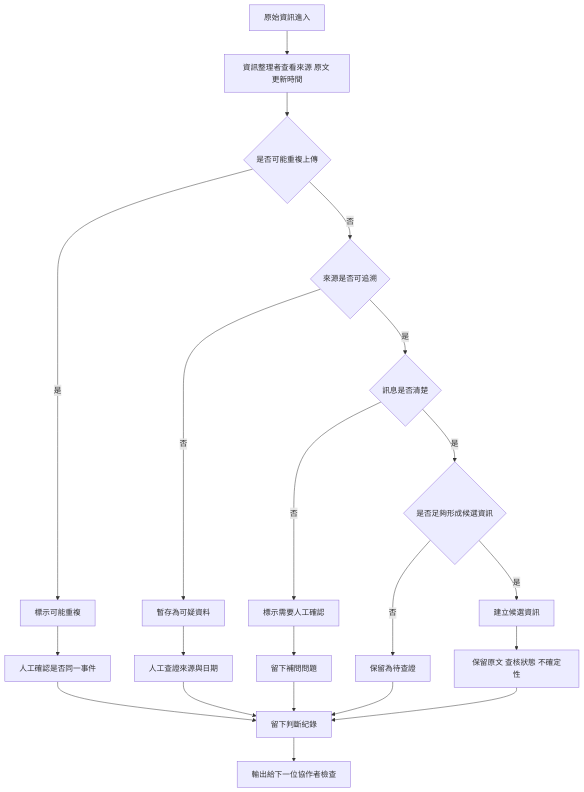
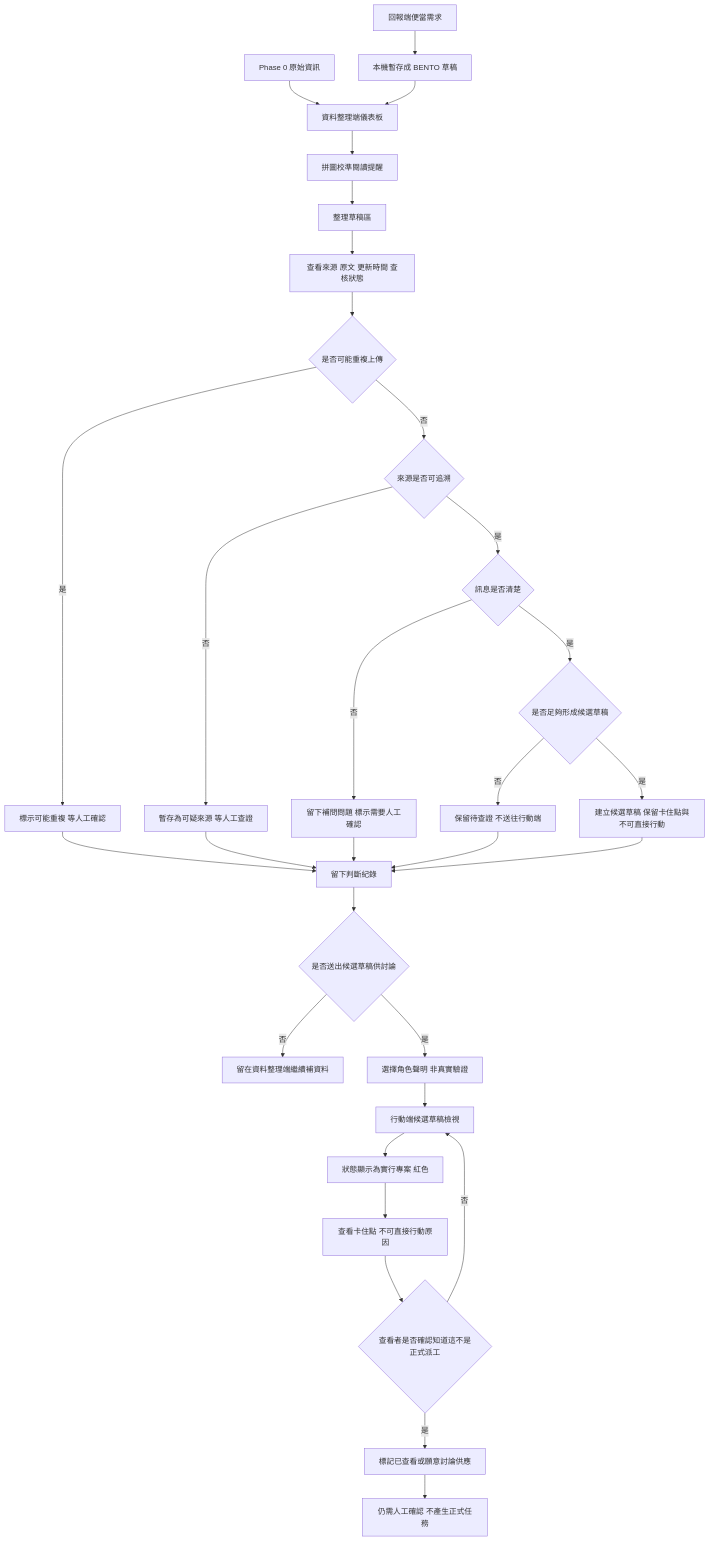
The first of 4 diagrams in docs/flow.md (SITCON-Camp-2026/t4-m3-se-disaster), drawn with Mermaid before and after one commit. The commit also changed other lines of this file and 7 other files, not shown here.

````diff
--- a/docs/flow.md
+++ b/docs/flow.md
@@ -27,23 +23,42 @@
 ```mermaid
 flowchart TD
-  A[原始資訊進入] --> B[資訊整理者查看來源 原文 更新時間]
-  B --> C{是否可能重複上傳}
-  C -->|是| D[標示可能重複]
-  D --> E[人工確認是否同一事件]
-  C -->|否| F{來源是否可追溯}
-  F -->|否| G[暫存為可疑資料]
-  G --> H[人工查證來源與日期]
-  F -->|是| I{訊息是否清楚}
-  I -->|否| J[標示需要人工確認]
-  J --> K[留下補問問題]
-  I -->|是| L{是否足夠形成候選資訊}
-  L -->|否| M[保留為待查證]
-  L -->|是| N[建立候選資訊]
-  N --> O[保留原文 查核狀態 不確定性]
-  E --> P[留下判斷紀錄]
-  H --> P
-  K --> P
-  M --> P
-  O --> P
-  P --> Q[輸出給下一位協作者檢查]
+  A[Phase 0 原始資訊] --> B[資料整理端儀表板]
+  R[回報端便當需求] --> R1[本機暫存成 BENTO 草稿]
+  R1 --> B
+
+  B --> C[拼圖校準閱讀提醒]
+  C --> D[整理草稿區]
+
+  D --> E[查看來源 原文 更新時間 查核狀態]
+  E --> F{是否可能重複上傳}
+  F -->|是| F1[標示可能重複 等人工確認]
+  F -->|否| G{來源是否可追溯}
+
+  G -->|否| G1[暫存為可疑來源 等人工查證]
+  G -->|是| H{訊息是否清楚}
+
+  H -->|否| H1[留下補問問題 標示需要人工確認]
+  H -->|是| I{是否足夠形成候選草稿}
+
+  I -->|否| I1[保留待查證 不送往行動端]
+  I -->|是| J[建立候選草稿 保留卡住點與不可直接行動]
+
+  F1 --> K[留下判斷紀錄]
+  G1 --> K
+  H1 --> K
+  I1 --> K
+  J --> K
+
+  K --> L{是否送出候選草稿供討論}
+  L -->|否| M[留在資料整理端繼續補資料]
+  L -->|是| N[選擇角色聲明 非真實驗證]
+
+  N --> O[行動端候選草稿檢視]
+  O --> O1[狀態顯示為實行專案 紅色]
+  O1 --> P[查看卡住點 不可直接行動原因]
+  P --> Q{查看者是否確認知道這不是正式派工}
+  Q -->|否| O
+  Q -->|是| S[標記已查看或願意討論供應]
+
+  S --> T[仍需人工確認 不產生正式任務]
 ```
````
